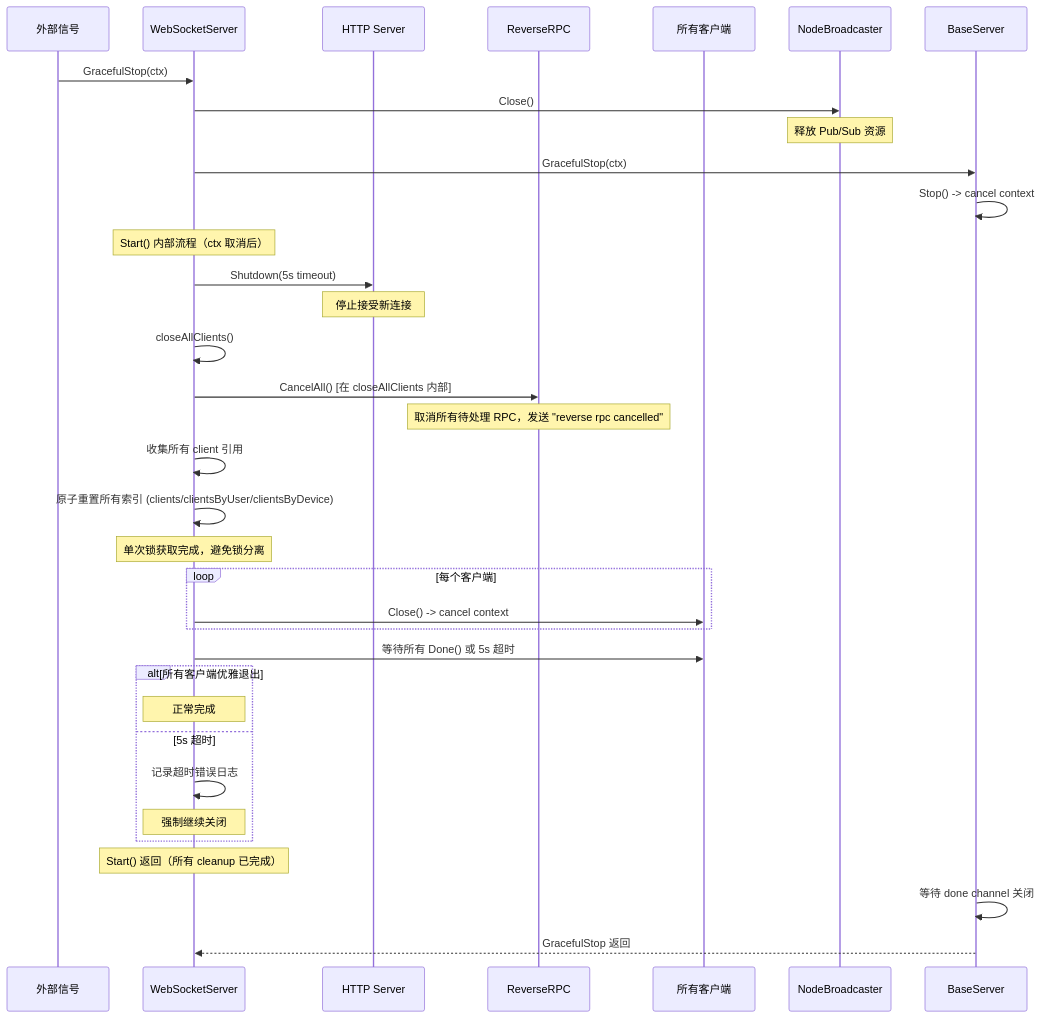
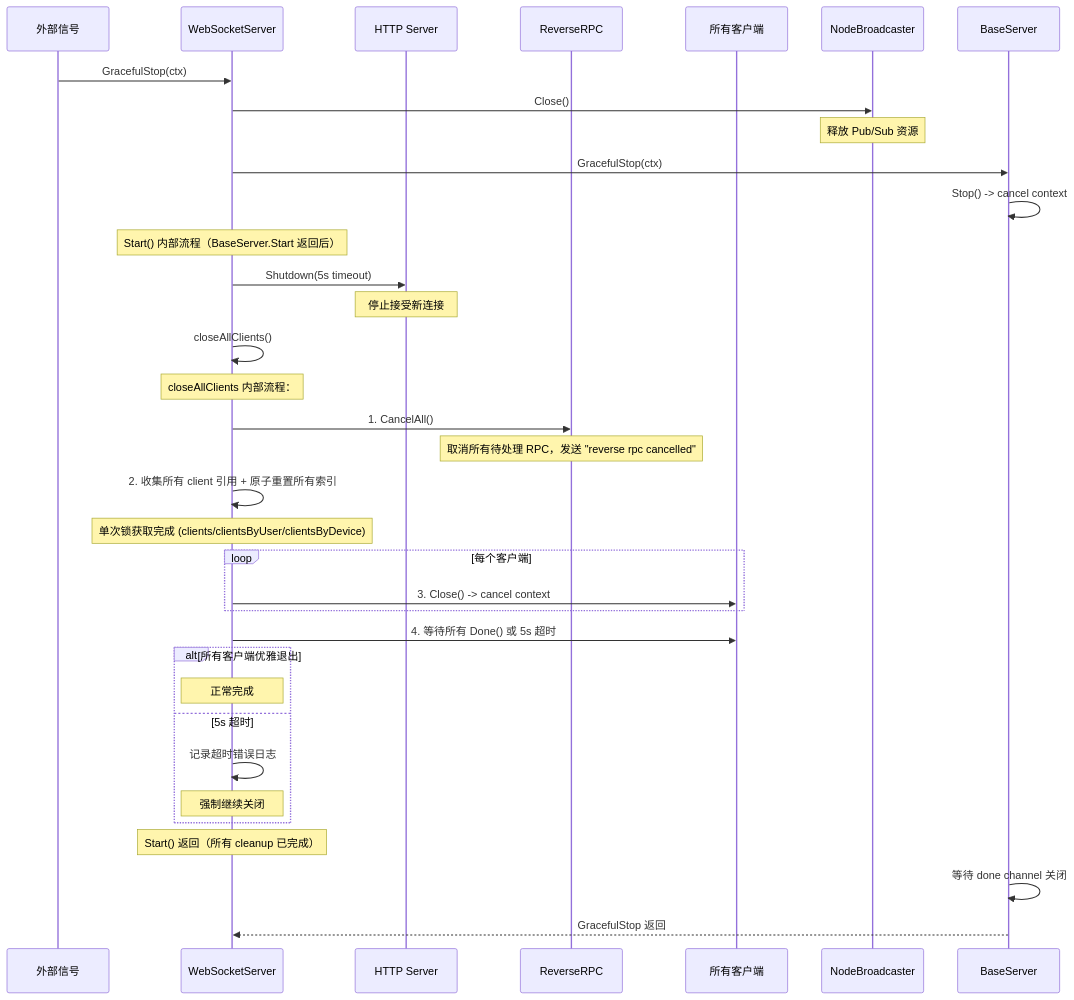
The tenth of 14 diagrams in wiki/flows/websocket-connection.md (PineappleBond/xyncra-server), drawn with Mermaid before and after one commit. The commit also changed other lines of this file and 19 other files, not shown here.

````diff
--- a/wiki/flows/websocket-connection.md
+++ b/wiki/flows/websocket-connection.md
@@ -699,47 +701,47 @@
 ```mermaid
 sequenceDiagram
     participant External as 外部信号
     participant WS as WebSocketServer
     participant HTTP as HTTP Server
     participant RR as ReverseRPC
     participant Clients as 所有客户端
     participant NB as NodeBroadcaster
     participant BS as BaseServer
 
     External->>WS: GracefulStop(ctx)
     WS->>NB: Close()
     Note over NB: 释放 Pub/Sub 资源
 
     WS->>BS: GracefulStop(ctx)
     BS->>BS: Stop() -> cancel context
 
-    Note over WS: Start() 内部流程（ctx 取消后）
+    Note over WS: Start() 内部流程（BaseServer.Start 返回后）
 
     WS->>HTTP: Shutdown(5s timeout)
     Note over HTTP: 停止接受新连接
 
     WS->>WS: closeAllClients()
-    WS->>RR: CancelAll() [在 closeAllClients 内部]
+    Note over WS: closeAllClients 内部流程：
+    WS->>RR: 1. CancelAll()
     Note over RR: 取消所有待处理 RPC，发送 "reverse rpc cancelled"
-    WS->>WS: 收集所有 client 引用
-    WS->>WS: 原子重置所有索引 (clients/clientsByUser/clientsByDevice)
-    Note over WS: 单次锁获取完成，避免锁分离
+    WS->>WS: 2. 收集所有 client 引用 + 原子重置所有索引
+    Note over WS: 单次锁获取完成 (clients/clientsByUser/clientsByDevice)
 
     loop 每个客户端
-        WS->>Clients: Close() -> cancel context
+        WS->>Clients: 3. Close() -> cancel context
     end
 
-    WS->>Clients: 等待所有 Done() 或 5s 超时
+    WS->>Clients: 4. 等待所有 Done() 或 5s 超时
 
     alt 所有客户端优雅退出
         Note over WS: 正常完成
     else 5s 超时
         WS->>WS: 记录超时错误日志
         Note over WS: 强制继续关闭
     end
 
     Note over WS: Start() 返回（所有 cleanup 已完成）
 
     BS->>BS: 等待 done channel 关闭
     BS-->>WS: GracefulStop 返回
 ```
````
